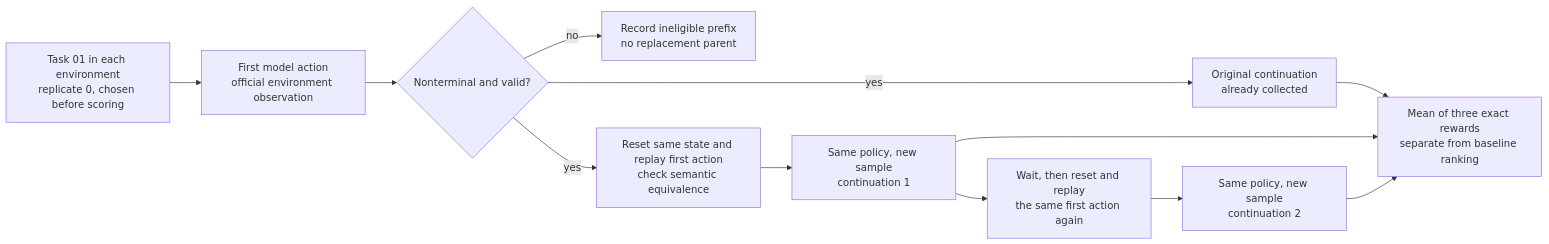
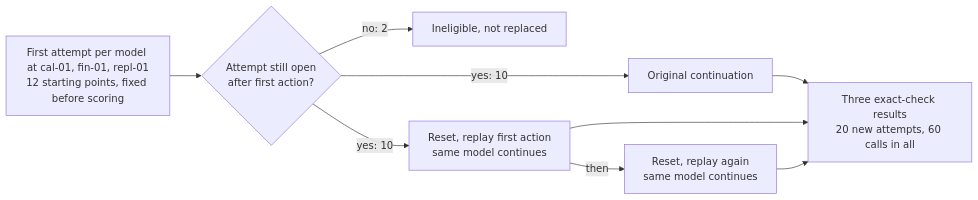
The third of 3 diagrams in notebooks/25-knowledge-work-rollouts/README.md (k-sandhu/experiment-notebooks), drawn with Mermaid before and after one commit. The commit also changed other lines of this file and 2 other files, not shown here.

````diff
--- a/notebooks/25-knowledge-work-rollouts/README.md
+++ b/notebooks/25-knowledge-work-rollouts/README.md
@@ -264,14 +265,11 @@
 ```mermaid
 flowchart LR
-    chosen["Task 01 in each environment<br/>replicate 0, chosen before scoring"] --> first["First model action<br/>official environment observation"]
-    first --> eligibility{"Nonterminal and valid?"}
-    eligibility -->|no| skip["Record ineligible prefix<br/>no replacement parent"]
-    eligibility -->|yes| original["Original continuation<br/>already collected"]
-    eligibility -->|yes| restore["Reset same state and replay first action<br/>check semantic equivalence"]
-    restore --> child1["Same policy, new sample<br/>continuation 1"]
-    child1 --> reset2["Wait, then reset and replay<br/>the same first action again"]
-    reset2 --> child2["Same policy, new sample<br/>continuation 2"]
-    original --> mean["Mean of three exact rewards<br/>separate from baseline ranking"]
-    child1 --> mean
-    child2 --> mean
+    pick["First attempt per model at cal-01, fin-01, repl-01<br/>12 starting points, fixed before scoring"] --> elig{"Attempt still open<br/>after first action?"}
+    elig -->|"no: 2"| skip["Ineligible, not replaced"]
+    elig -->|"yes: 10"| orig["Original continuation"]
+    elig -->|"yes: 10"| r1["Reset, replay first action<br/>same model continues"]
+    r1 -->|"then"| r2["Reset, replay again<br/>same model continues"]
+    orig --> mean["Three exact-check results<br/>20 new attempts, 60 calls in all"]
+    r1 --> mean
+    r2 --> mean
 ```
````
